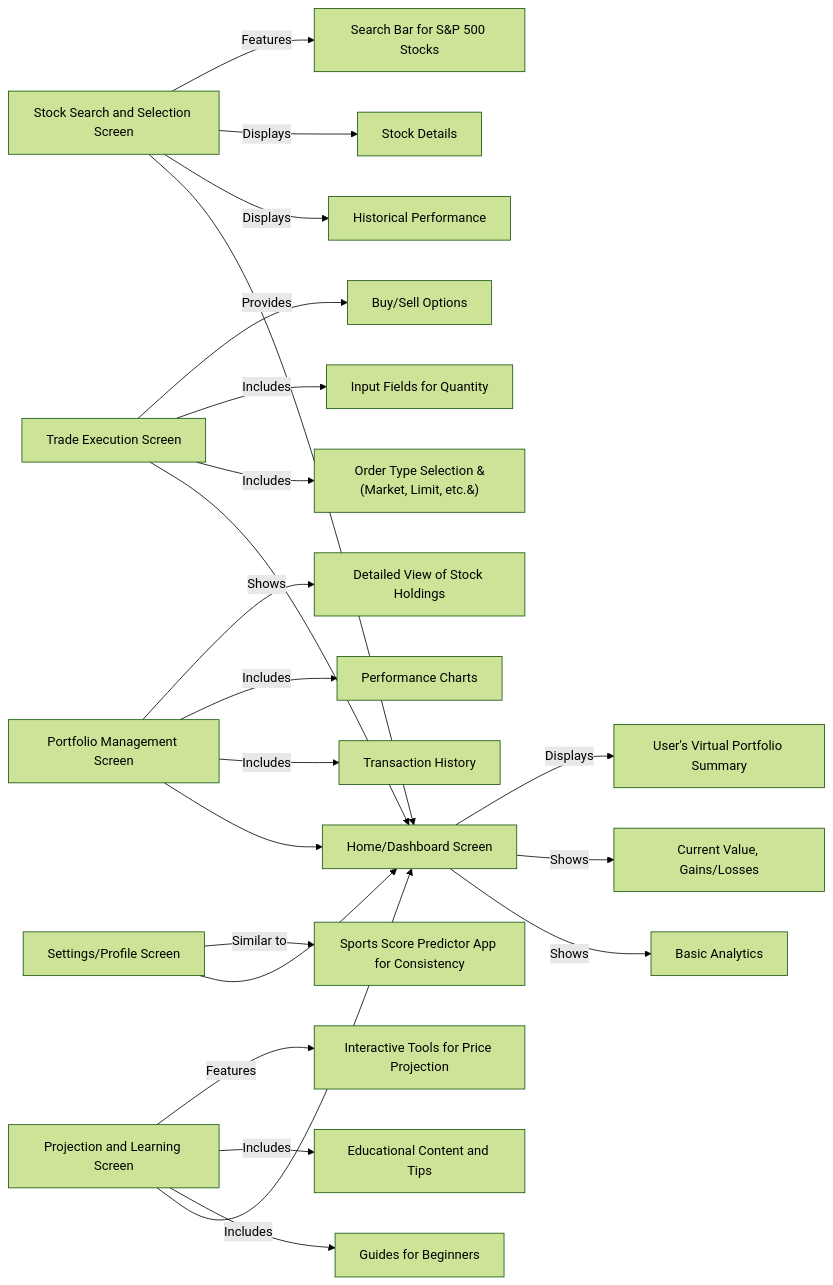
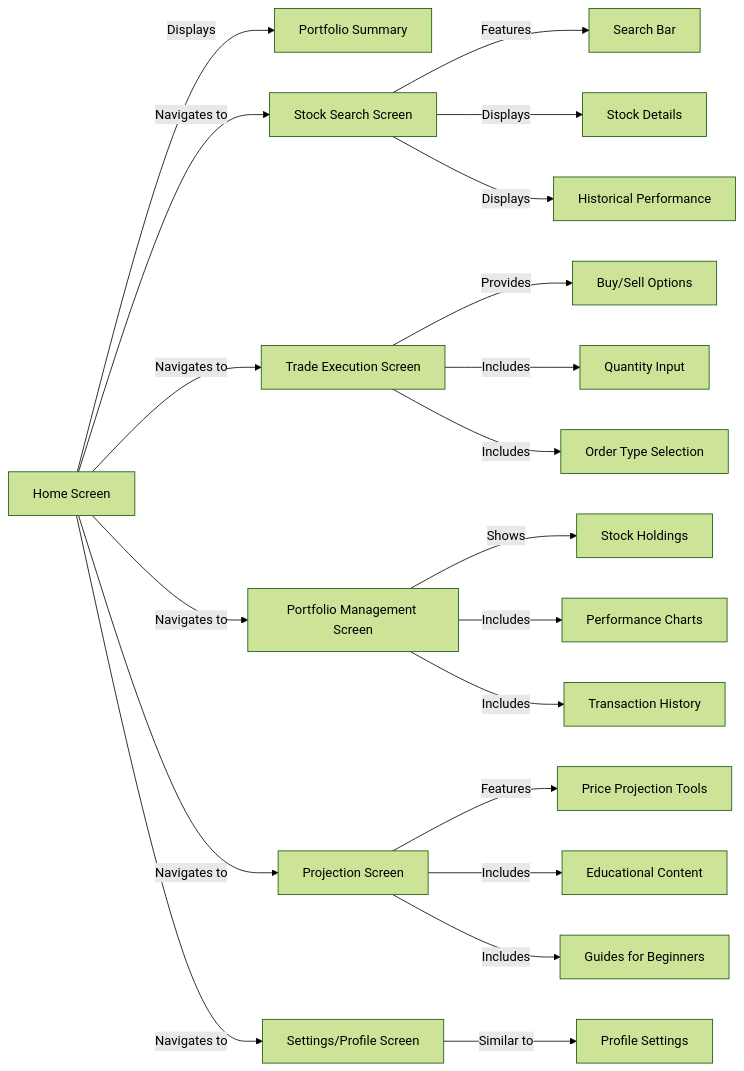
Before and after one commit to dock108/org-docs-and-guides: the second of 2 diagrams in project-docs/project-wireframe.md, drawn with Mermaid (forest theme).

````diff
--- a/project-docs/project-wireframe.md
+++ b/project-docs/project-wireframe.md
@@ -52,29 +52,27 @@
 ```mermaid
 flowchart LR
-    A[Home/Dashboard Screen] -->|Displays| A1[User's Virtual Portfolio Summary]
-    A -->|Shows| A2[Current Value, Gains/Losses]
-    A -->|Shows| A3[Basic Analytics]
+    A[Home Screen] -->|Displays| A1[Portfolio Summary]
+    A -->|Navigates to| B[Stock Search Screen]
+    A -->|Navigates to| C[Trade Execution Screen]
+    A -->|Navigates to| D[Portfolio Management Screen]
+    A -->|Navigates to| E[Projection Screen]
+    A -->|Navigates to| F[Settings/Profile Screen]
 
-    B[Stock Search and Selection Screen] -->|Features| B1[Search Bar for S&P 500 Stocks]
+    B[Stock Search Screen] -->|Features| B1[Search Bar]
     B -->|Displays| B2[Stock Details]
     B -->|Displays| B3[Historical Performance]
-    B --> A
 
     C[Trade Execution Screen] -->|Provides| C1[Buy/Sell Options]
-    C -->|Includes| C2[Input Fields for Quantity]
-    C -->|Includes| C3[Order Type Selection &#40;Market, Limit, etc.&#41;]
-    C --> A
+    C -->|Includes| C2[Quantity Input]
+    C -->|Includes| C3[Order Type Selection]
 
-    D[Portfolio Management Screen] -->|Shows| D1[Detailed View of Stock Holdings]
+    D[Portfolio Management Screen] -->|Shows| D1[Stock Holdings]
     D -->|Includes| D2[Performance Charts]
     D -->|Includes| D3[Transaction History]
-    D --> A
 
-    E[Projection and Learning Screen] -->|Features| E1[Interactive Tools for Price Projection]
-    E -->|Includes| E2[Educational Content and Tips]
+    E[Projection Screen] -->|Features| E1[Price Projection Tools]
+    E -->|Includes| E2[Educational Content]
     E -->|Includes| E3[Guides for Beginners]
-    E --> A
 
-    F[Settings/Profile Screen] -->|Similar to| F1[Sports Score Predictor App for Consistency]
-    F --> A
+    F[Settings/Profile Screen] -->|Similar to| F1[Profile Settings]
 ```
````
